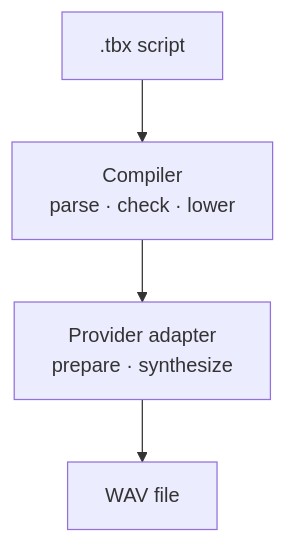
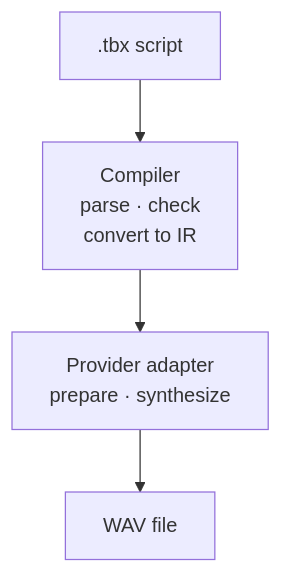
The first of 5 diagrams in docs/architecture.md (zyy17/timbrex), drawn with Mermaid before and after one commit. The commit also changed other lines of this file and 1 other file, not shown here.

````diff
--- a/docs/architecture.md
+++ b/docs/architecture.md
@@ -11,6 +11,6 @@
 ```mermaid
 flowchart TD
-    Source[".tbx script"] --> Compiler["Compiler<br/>parse · check · lower"]
+    Source[".tbx script"] --> Compiler["Compiler<br/>parse · check<br/>convert to IR"]
     Compiler --> Adapter["Provider adapter<br/>prepare · synthesize"]
     Adapter --> WAV["WAV file"]
 ```
````
